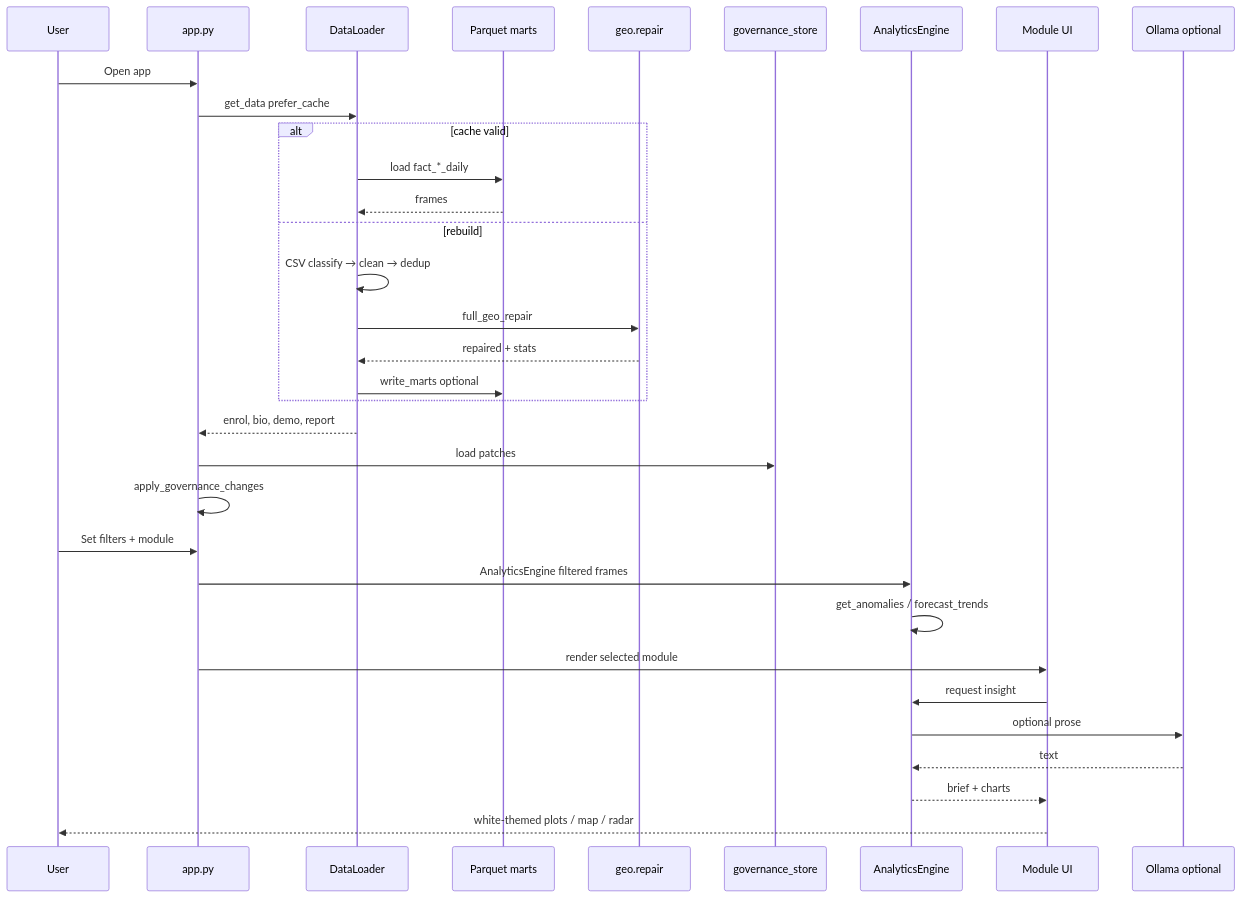
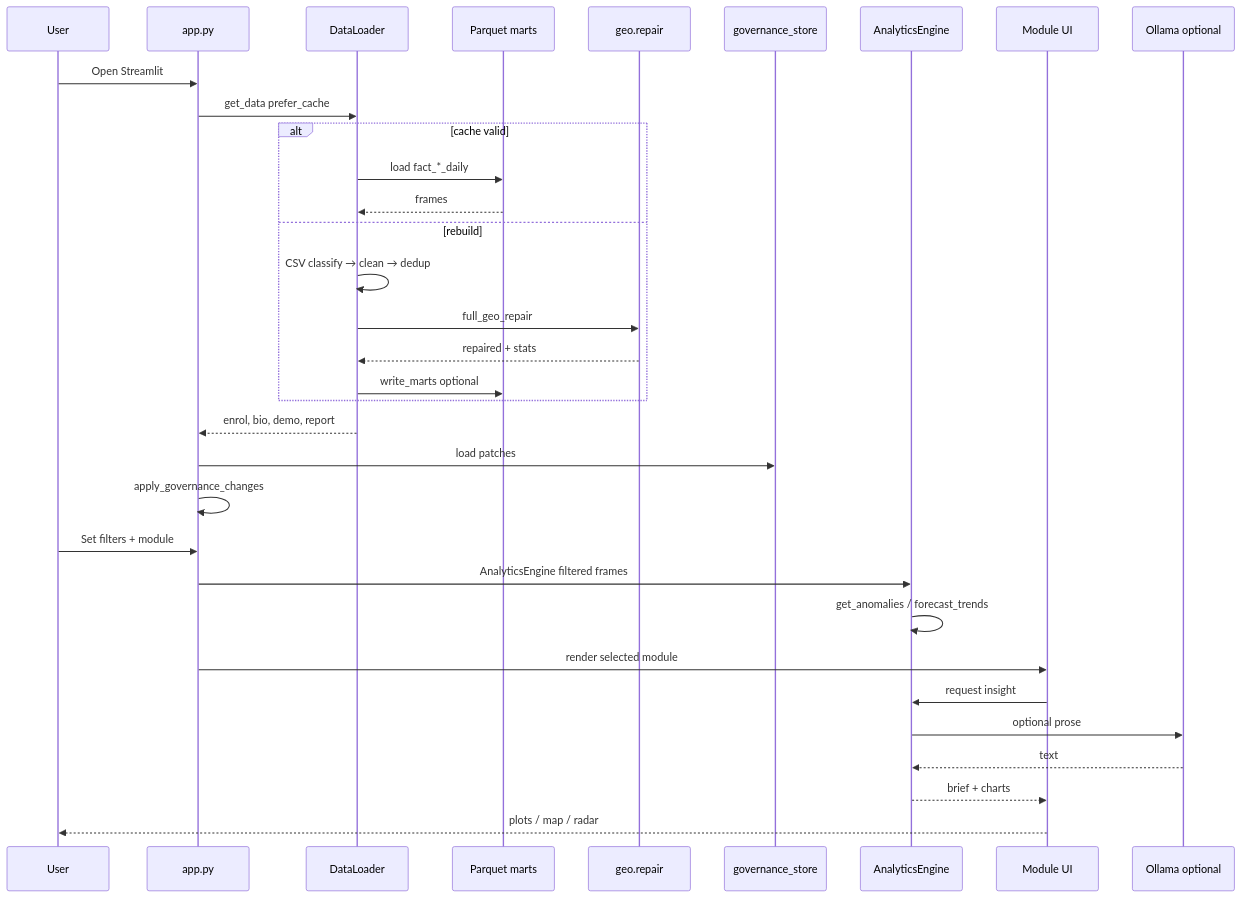
Diagram 21 of 24 in flowchart.md (NetRunnerXD/Aadhaar-Intel-Engine-UIDAI), drawn with Mermaid before and after one commit. The commit also changed other lines of this file and 1 other file, not shown here.

First line of the commit message:
docs: update flowchart and feature parity for dual UI stack

````diff
--- a/flowchart.md
+++ b/flowchart.md
@@ -474,36 +601,36 @@
 ```mermaid
 sequenceDiagram
     participant U as User
     participant App as app.py
     participant DL as DataLoader
     participant Marts as Parquet marts
     participant Geo as geo.repair
     participant Gov as governance_store
     participant Eng as AnalyticsEngine
     participant UI as Module UI
     participant LLM as Ollama optional
 
-    U->>App: Open app
+    U->>App: Open Streamlit
     App->>DL: get_data prefer_cache
     alt cache valid
         DL->>Marts: load fact_*_daily
         Marts-->>DL: frames
     else rebuild
         DL->>DL: CSV classify → clean → dedup
         DL->>Geo: full_geo_repair
         Geo-->>DL: repaired + stats
         DL->>Marts: write_marts optional
     end
     DL-->>App: enrol, bio, demo, report
     App->>Gov: load patches
     App->>App: apply_governance_changes
     U->>App: Set filters + module
     App->>Eng: AnalyticsEngine filtered frames
     Eng->>Eng: get_anomalies / forecast_trends
     App->>UI: render selected module
     UI->>Eng: request insight
     Eng->>LLM: optional prose
     LLM-->>Eng: text
     Eng-->>UI: brief + charts
-    UI-->>U: white-themed plots / map / radar
+    UI-->>U: plots / map / radar
 ```
````
